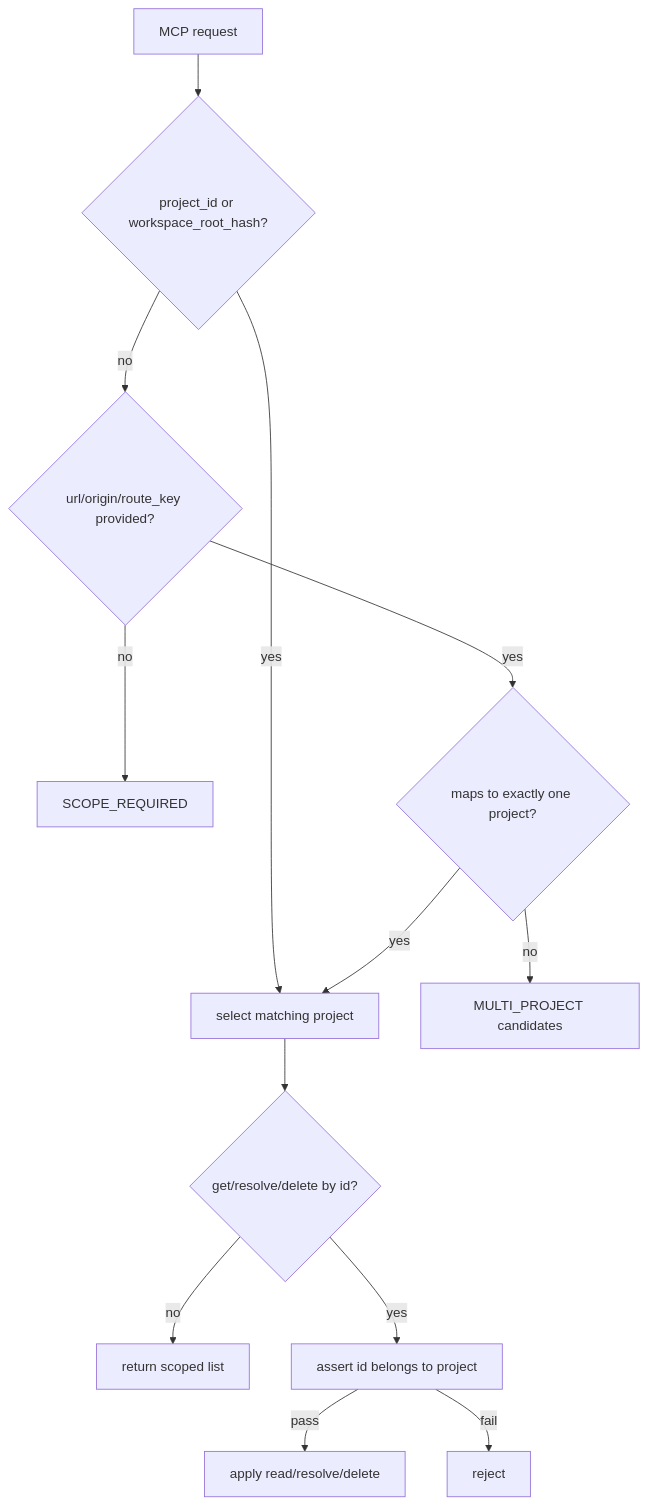
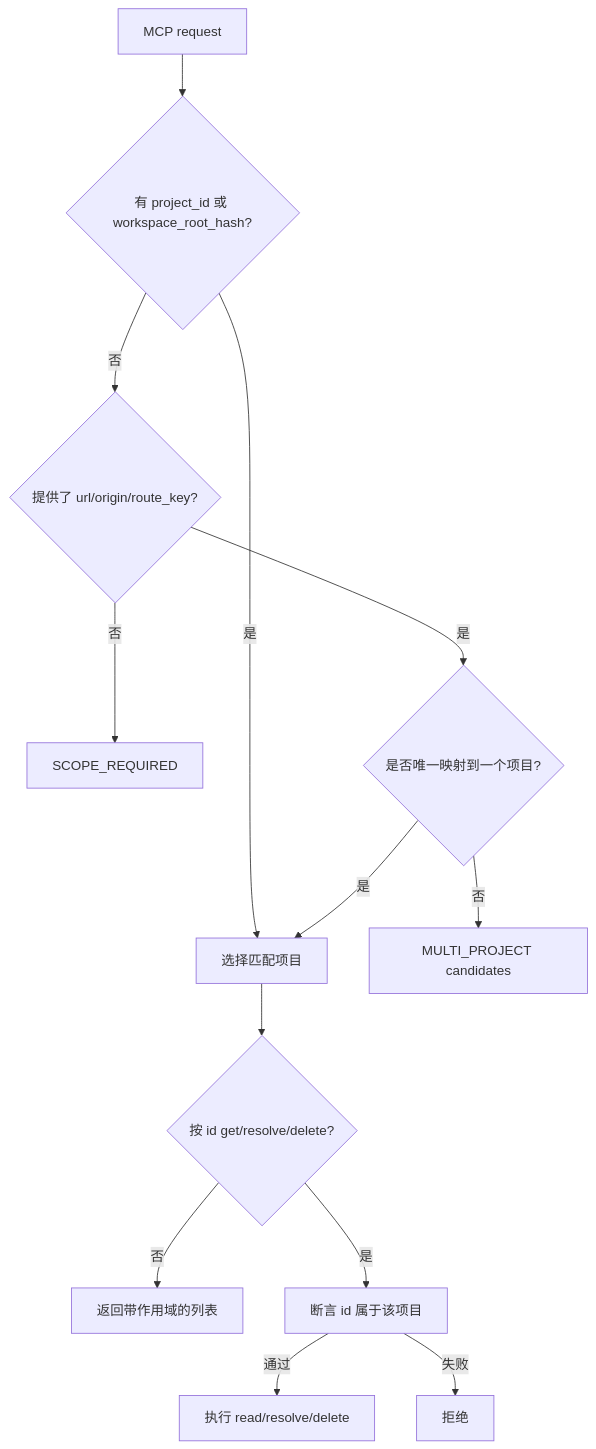
Before and after one commit to Yeman-sker/Loupe: the second of 2 diagrams in docs/adp-20260602-loupe-workspace-backed-project-identity.md, drawn with Mermaid. The commit also changed other lines of this file, not shown here.

Commit message:
docs: localize project identity ADP

````diff
--- a/docs/adp-20260602-loupe-workspace-backed-project-identity.md
+++ b/docs/adp-20260602-loupe-workspace-backed-project-identity.md
@@ -89,15 +89,15 @@
 ```mermaid
 flowchart TD
-  Req["MCP request"] --> HasProject{"project_id or workspace_root_hash?"}
-  HasProject -->|"yes"| ProjectScope["select matching project"]
-  HasProject -->|"no"| RouteScope{"url/origin/route_key provided?"}
-  RouteScope -->|"no"| ScopeRequired["SCOPE_REQUIRED"]
-  RouteScope -->|"yes"| Unique{"maps to exactly one project?"}
-  Unique -->|"no"| MultiProject["MULTI_PROJECT candidates"]
-  Unique -->|"yes"| ProjectScope
-  ProjectScope --> IdMutation{"get/resolve/delete by id?"}
-  IdMutation -->|"no"| List["return scoped list"]
-  IdMutation -->|"yes"| Assert["assert id belongs to project"]
-  Assert -->|"pass"| Apply["apply read/resolve/delete"]
-  Assert -->|"fail"| Reject["reject"]
+  Req["MCP request"] --> HasProject{"有 project_id 或 workspace_root_hash?"}
+  HasProject -->|"是"| ProjectScope["选择匹配项目"]
+  HasProject -->|"否"| RouteScope{"提供了 url/origin/route_key?"}
+  RouteScope -->|"否"| ScopeRequired["SCOPE_REQUIRED"]
+  RouteScope -->|"是"| Unique{"是否唯一映射到一个项目?"}
+  Unique -->|"否"| MultiProject["MULTI_PROJECT candidates"]
+  Unique -->|"是"| ProjectScope
+  ProjectScope --> IdMutation{"按 id get/resolve/delete?"}
+  IdMutation -->|"否"| List["返回带作用域的列表"]
+  IdMutation -->|"是"| Assert["断言 id 属于该项目"]
+  Assert -->|"通过"| Apply["执行 read/resolve/delete"]
+  Assert -->|"失败"| Reject["拒绝"]
 ```
````
